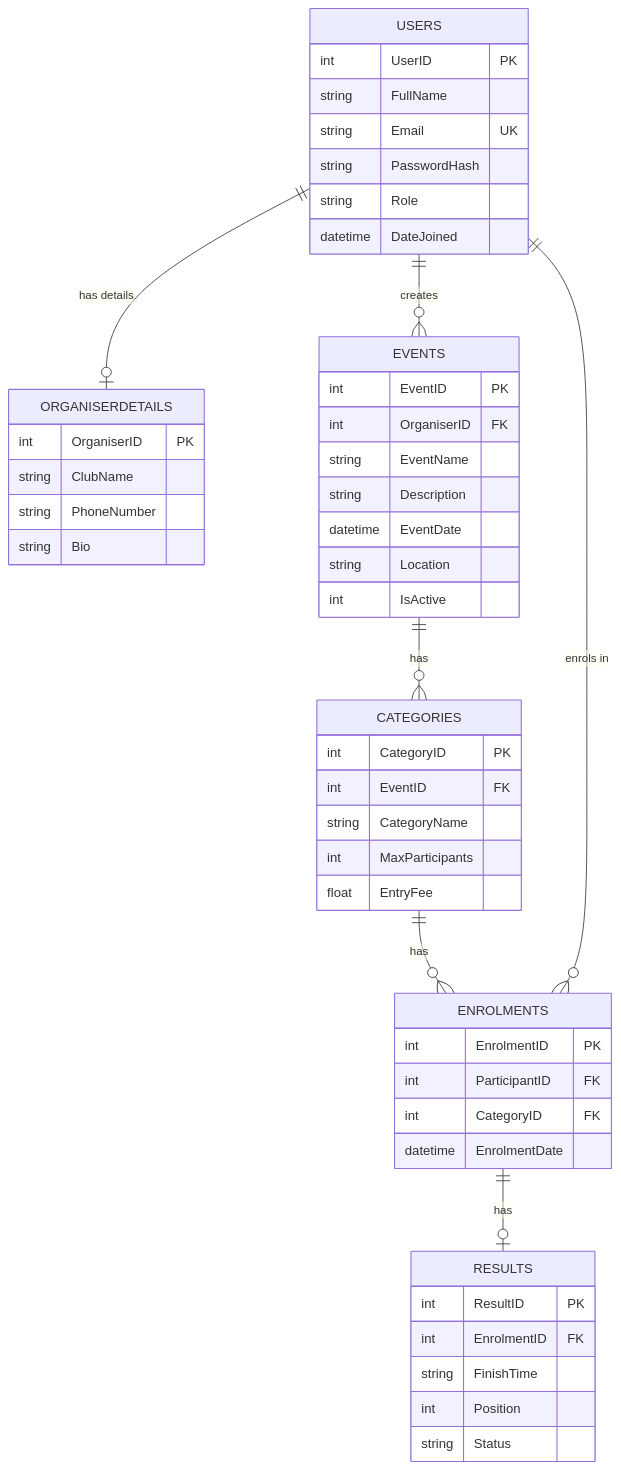
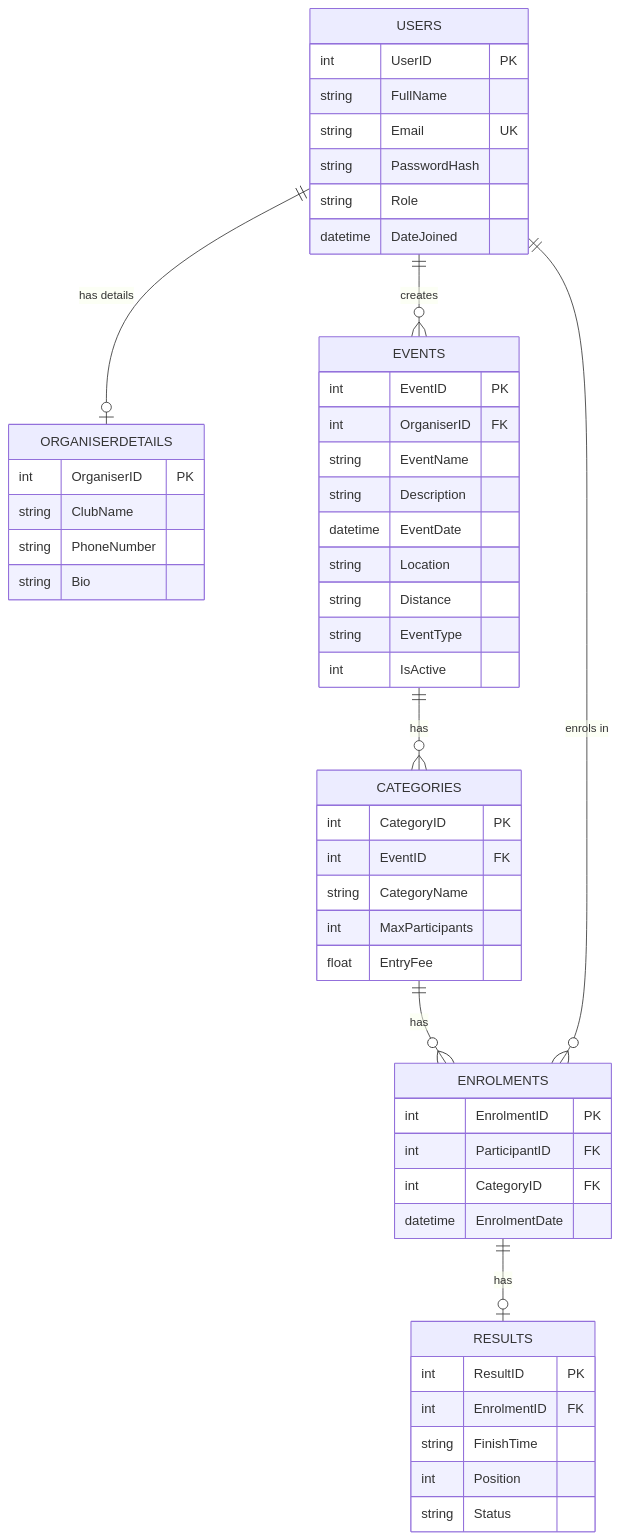
One commit to st10472501Ydv/PROG6212-POE-RaceDay changed the diagram in docs/ERD.mmd. Above: the diagram before and after it, drawn with Mermaid. The commit also changed 7 other files, not shown here.

Commit message:
Add missing endpoints, session wording and event distance/type to plan, ERD and SQL script

```diff
--- a/docs/ERD.mmd
+++ b/docs/ERD.mmd
@@ -1,56 +1,58 @@
 erDiagram
     USERS {
         int UserID PK
         string FullName
         string Email UK
         string PasswordHash
         string Role
         datetime DateJoined
     }
 
     ORGANISERDETAILS {
         int OrganiserID PK
         string ClubName
         string PhoneNumber
         string Bio
     }
 
     EVENTS {
         int EventID PK
         int OrganiserID FK
         string EventName
         string Description
         datetime EventDate
         string Location
+        string Distance
+        string EventType
         int IsActive
     }
 
     CATEGORIES {
         int CategoryID PK
         int EventID FK
         string CategoryName
         int MaxParticipants
         float EntryFee
     }
 
     ENROLMENTS {
         int EnrolmentID PK
         int ParticipantID FK
         int CategoryID FK
         datetime EnrolmentDate
     }
 
     RESULTS {
         int ResultID PK
         int EnrolmentID FK
         string FinishTime
         int Position
         string Status
     }
 
     USERS ||--o| ORGANISERDETAILS : "has details"
     USERS ||--o{ EVENTS : "creates"
     EVENTS ||--o{ CATEGORIES : "has"
     CATEGORIES ||--o{ ENROLMENTS : "has"
     USERS ||--o{ ENROLMENTS : "enrols in"
     ENROLMENTS ||--o| RESULTS : "has"
```
